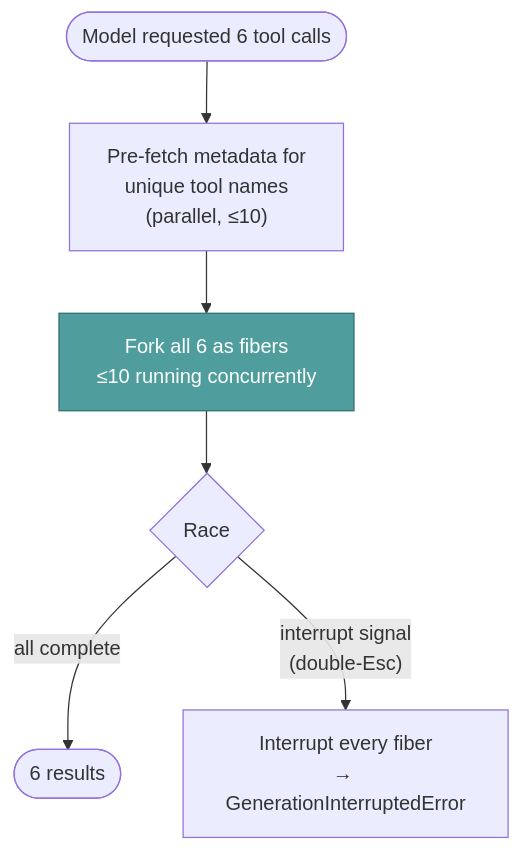
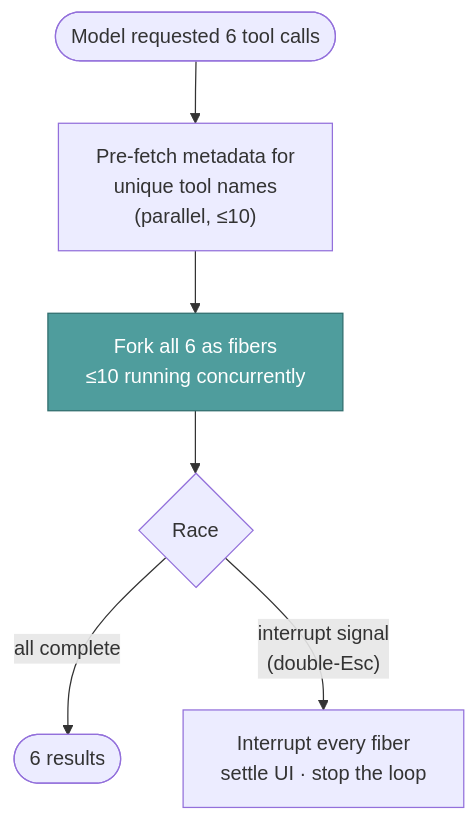
Before and after one commit to lvndry/jazz: the fourth of 4 diagrams in docs/internals/tools-and-approval.md, drawn with Mermaid. The commit also changed other lines of this file and 13 other files, not shown here.

First line of the commit message:
fix(agent): make double-Esc during a tool a clean stop (#432)

````diff
--- a/docs/internals/tools-and-approval.md
+++ b/docs/internals/tools-and-approval.md
@@ -210,11 +210,11 @@
 ```mermaid
 flowchart TB
     BATCH(["Model requested 6 tool calls"]) --> META["Pre-fetch metadata for<br/>unique tool names<br/>(parallel, ≤10)"]
     META --> FORK["Fork all 6 as fibers<br/>≤10 running concurrently"]
     FORK --> JOIN{"Race"}
     JOIN -->|"all complete"| RESULTS(["6 results"])
-    JOIN -->|"interrupt signal<br/>(double-Esc)"| KILL["Interrupt every fiber<br/>→ GenerationInterruptedError"]
+    JOIN -->|"interrupt signal<br/>(double-Esc)"| KILL["Interrupt every fiber<br/>settle UI · stop the loop"]
 
     classDef act fill:#4f9d9d,stroke:#2f6d6d,color:#ffffff
     class FORK act
 ```
````
